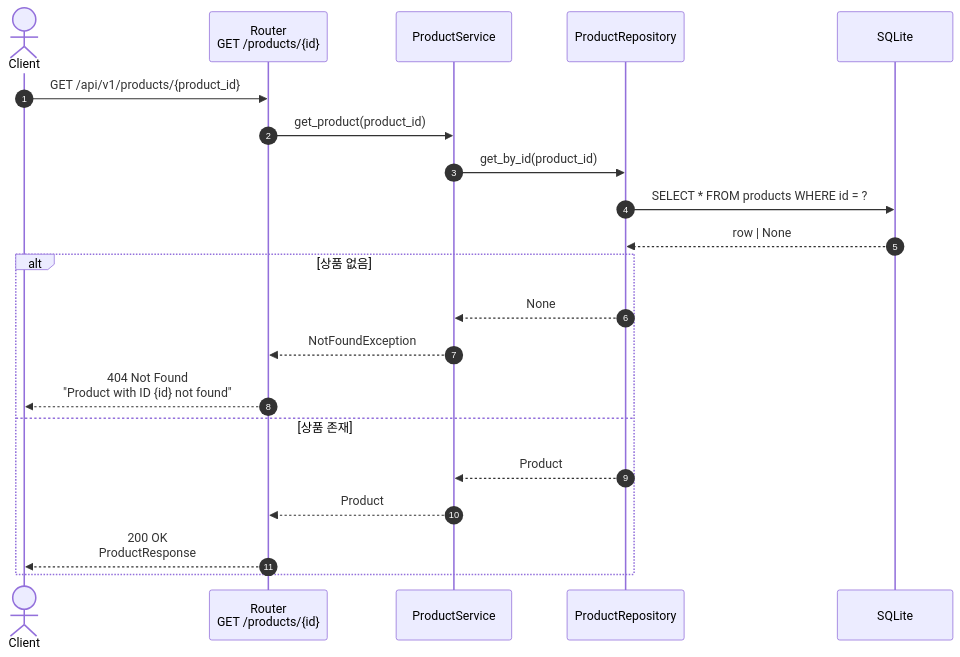
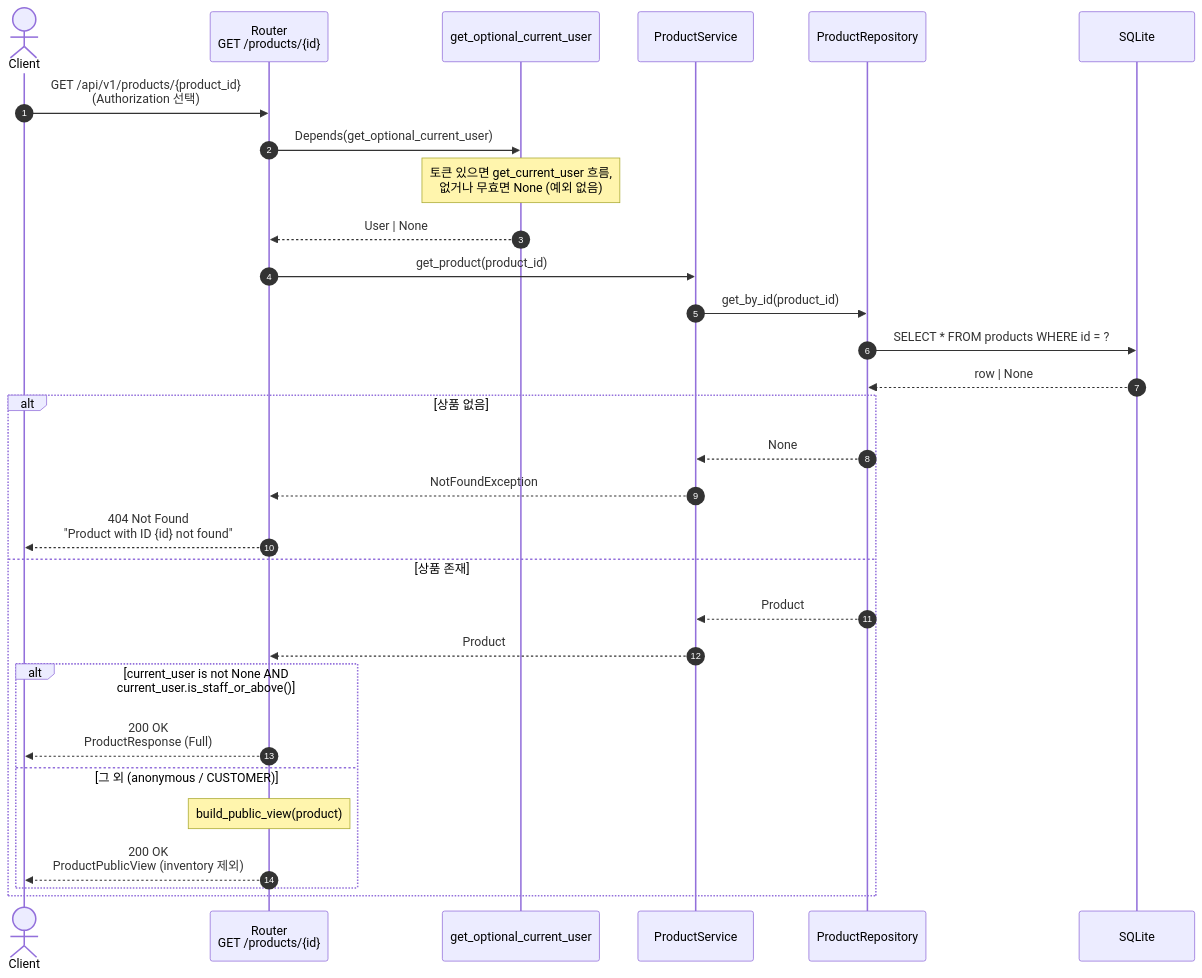
Before and after one commit to hjp7461/fastapi-sample: the first of 2 diagrams in docs/diagram/상품_조회.md, drawn with Mermaid. The commit also changed other lines of this file and 7 other files, not shown here.

First line of the commit message:
docs(diagram): require_* 명명 + staff 권한 + Product viewer 분기 정합

````diff
--- a/docs/diagram/상품_조회.md
+++ b/docs/diagram/상품_조회.md
@@ -14,25 +17,35 @@
 ```mermaid
 sequenceDiagram
     autonumber
     actor Client
     participant Router as Router<br/>GET /products/{id}
+    participant OptDep as get_optional_current_user
     participant Service as ProductService
     participant Repo as ProductRepository
     participant DB as SQLite
 
-    Client->>Router: GET /api/v1/products/{product_id}
+    Client->>Router: GET /api/v1/products/{product_id}<br/>(Authorization 선택)
+    Router->>OptDep: Depends(get_optional_current_user)
+    Note over OptDep: 토큰 있으면 get_current_user 흐름,<br/>없거나 무효면 None (예외 없음)
+    OptDep-->>Router: User | None
+
     Router->>Service: get_product(product_id)
     Service->>Repo: get_by_id(product_id)
     Repo->>DB: SELECT * FROM products WHERE id = ?
     DB-->>Repo: row | None
 
     alt 상품 없음
         Repo-->>Service: None
         Service-->>Router: NotFoundException
         Router-->>Client: 404 Not Found<br/>"Product with ID {id} not found"
     else 상품 존재
         Repo-->>Service: Product
         Service-->>Router: Product
-        Router-->>Client: 200 OK<br/>ProductResponse
+        alt current_user is not None AND current_user.is_staff_or_above()
+            Router-->>Client: 200 OK<br/>ProductResponse (Full)
+        else 그 외 (anonymous / CUSTOMER)
+            Note over Router: build_public_view(product)
+            Router-->>Client: 200 OK<br/>ProductPublicView (inventory 제외)
+        end
     end
 ```
````
